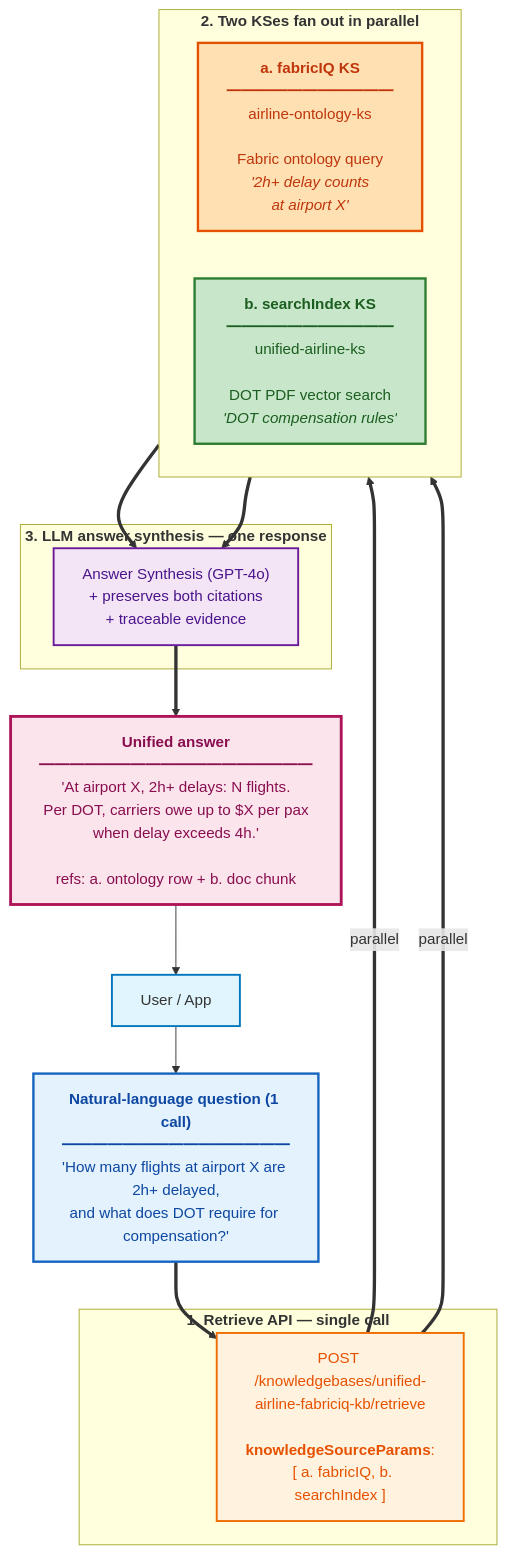
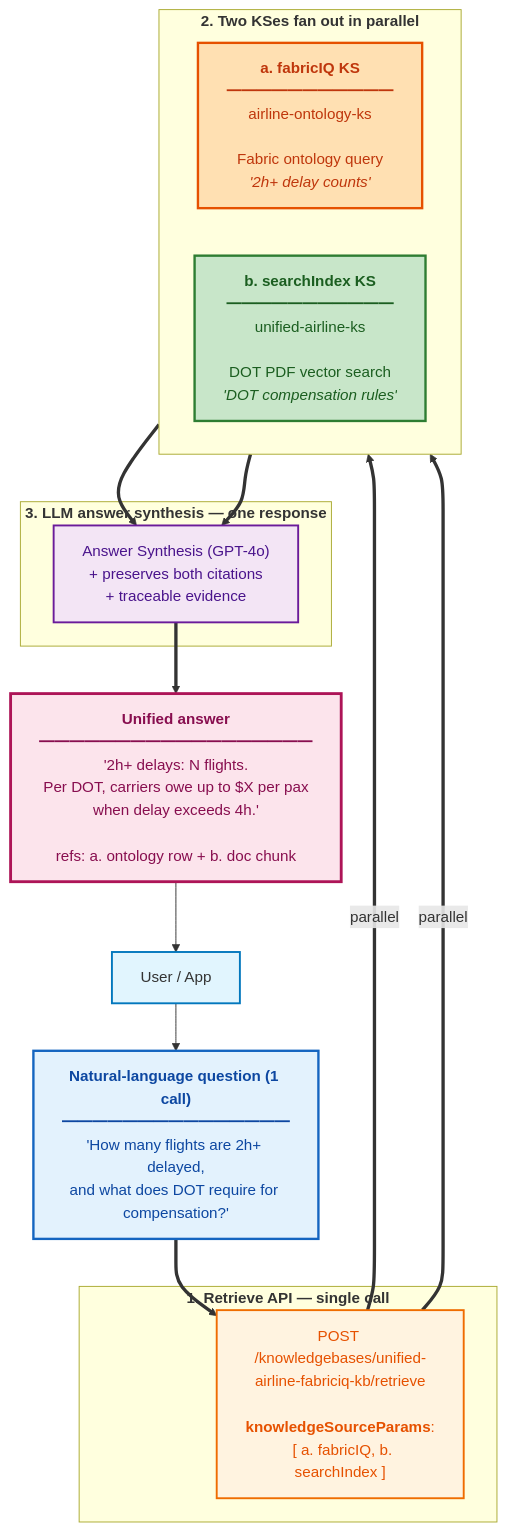
The diagram in docs/handson-0423/demo-pack/README.md (hyeonsangjeon/foundry-iq-demo-suite), drawn with Mermaid before and after one commit. The commit also changed 1 other file, not shown here.

````diff
--- a/docs/handson-0423/demo-pack/README.md
+++ b/docs/handson-0423/demo-pack/README.md
@@ -162,46 +162,46 @@
 ```mermaid
 flowchart TB
     U["User / App"]
-    Q["<b>Natural-language question (1 call)</b><br/>━━━━━━━━━━━━━━━<br/>'How many flights at airport X are 2h+ delayed,<br/>and what does DOT require for compensation?'"]
+    Q["<b>Natural-language question (1 call)</b><br/>━━━━━━━━━━━━━━━<br/>'How many flights are 2h+ delayed,<br/>and what does DOT require for compensation?'"]
 
     subgraph STEP1["<b>1. Retrieve API — single call</b>"]
         API["POST /knowledgebases/unified-airline-fabriciq-kb/retrieve<br/><br/><b>knowledgeSourceParams</b>:<br/>&nbsp;&nbsp;[ a. fabricIQ, b. searchIndex ]"]
     end
 
     subgraph STEP2["<b>2. Two KSes fan out in parallel</b>"]
         direction LR
-        KS1["<b>a. fabricIQ KS</b><br/>━━━━━━━━━━━<br/>airline-ontology-ks<br/><br/>Fabric ontology query<br/><i>'2h+ delay counts<br/>at airport X'</i>"]
+        KS1["<b>a. fabricIQ KS</b><br/>━━━━━━━━━━━<br/>airline-ontology-ks<br/><br/>Fabric ontology query<br/><i>'2h+ delay counts'</i>"]
         KS2["<b>b. searchIndex KS</b><br/>━━━━━━━━━━━<br/>unified-airline-ks<br/><br/>DOT PDF vector search<br/><i>'DOT compensation rules'</i>"]
     end
 
     subgraph STEP3["<b>3. LLM answer synthesis — one response</b>"]
         LLM["Answer Synthesis (GPT-4o)<br/>+ preserves both citations<br/>+ traceable evidence"]
     end
 
-    ANS["<b>Unified answer</b><br/>━━━━━━━━━━━━━━━━━━<br/>'At airport X, 2h+ delays: N flights.<br/>Per DOT, carriers owe up to $X per pax<br/>when delay exceeds 4h.'<br/><br/>refs: a. ontology row + b. doc chunk"]
+    ANS["<b>Unified answer</b><br/>━━━━━━━━━━━━━━━━━━<br/>'2h+ delays: N flights.<br/>Per DOT, carriers owe up to $X per pax<br/>when delay exceeds 4h.'<br/><br/>refs: a. ontology row + b. doc chunk"]
 
     U --> Q
     Q ==> API
     API ==>|"parallel"| KS1
     API ==>|"parallel"| KS2
     KS1 ==> LLM
     KS2 ==> LLM
     LLM ==> ANS
     ANS --> U
 
     classDef user fill:#e1f5fe,stroke:#0277bd,stroke-width:2px
     classDef question fill:#e3f2fd,stroke:#1565c0,stroke-width:2.5px,color:#0d47a1
     classDef step fill:#fff3e0,stroke:#ef6c00,stroke-width:2px,color:#e65100
     classDef ks1 fill:#ffe0b2,stroke:#e65100,stroke-width:2.5px,color:#bf360c
     classDef ks2 fill:#c8e6c9,stroke:#2e7d32,stroke-width:2.5px,color:#1b5e20
     classDef llm fill:#f3e5f5,stroke:#6a1b9a,stroke-width:2px,color:#4a148c
     classDef answer fill:#fce4ec,stroke:#ad1457,stroke-width:3px,color:#880e4f
 
     class U user
     class Q question
     class API step
     class KS1 ks1
     class KS2 ks2
     class LLM llm
     class ANS answer
 ```
````
